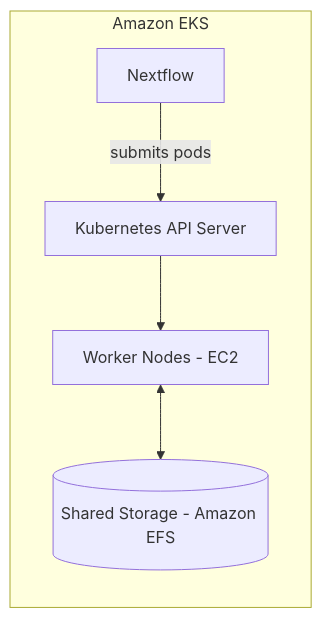
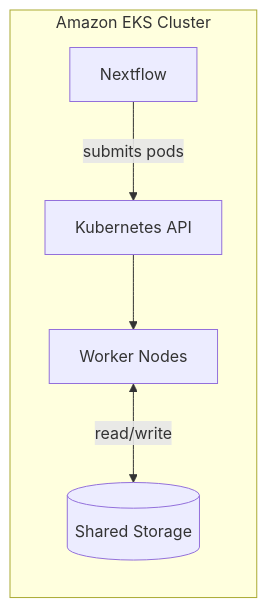
The second of 2 diagrams in docs/side_quests/cloud_executors.md (nextflow-io/training), drawn with Mermaid before and after one commit. The commit also changed other lines of this file, not shown here.

First line of the commit message:
Improve EKS documentation accessibility and focus

````diff
--- a/docs/side_quests/cloud_executors.md
+++ b/docs/side_quests/cloud_executors.md
@@ -290,9 +309,8 @@
 ```mermaid
 flowchart LR
-    subgraph eks[Amazon EKS]
-        NF[Nextflow] -->|submits pods| K8S[Kubernetes API Server]
-        K8S --> WN[Worker Nodes - EC2]
-        EFS[(Shared Storage - Amazon EFS)]
-        WN <--> EFS
+    subgraph eks[Amazon EKS Cluster]
+        NF[Nextflow] -->|submits pods| K8S[Kubernetes API]
+        K8S --> WN[Worker Nodes]
+        WN <-->|read/write| EFS[(Shared Storage)]
     end
 ```
````
